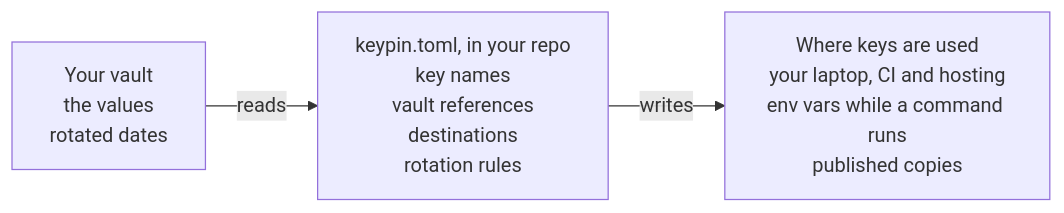
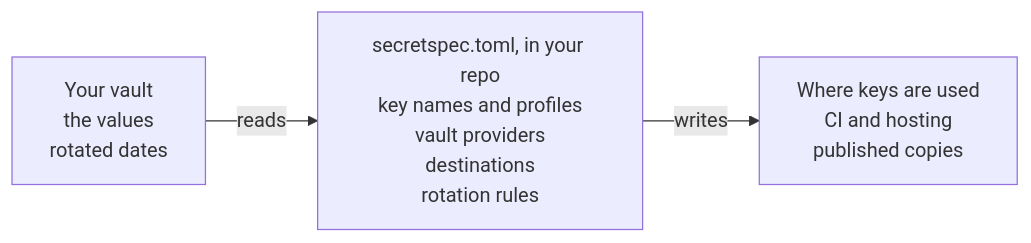
The diagram in docs/introduction/how-it-works.md (caiopizzol/keypin), drawn with Mermaid before and after one commit. The commit also changed other lines of this file and 29 other files, not shown here.

Commit message:
docs: describe keypin on secretspec.toml (#381)

````diff
--- a/docs/introduction/how-it-works.md
+++ b/docs/introduction/how-it-works.md
@@ -6,5 +7,5 @@
 ```mermaid
 flowchart LR
-  vault["Your vault<br>the values<br>rotated dates"] -- reads --> map["keypin.toml, in your repo<br>key names<br>vault references<br>destinations<br>rotation rules"]
-  map -- writes --> used["Where keys are used<br>your laptop, CI and hosting<br>env vars while a command runs<br>published copies"]
+  vault["Your vault<br>the values<br>rotated dates"] -- reads --> map["secretspec.toml, in your repo<br>key names and profiles<br>vault providers<br>destinations<br>rotation rules"]
+  map -- writes --> used["Where keys are used<br>CI and hosting<br>published copies"]
 ```
````
